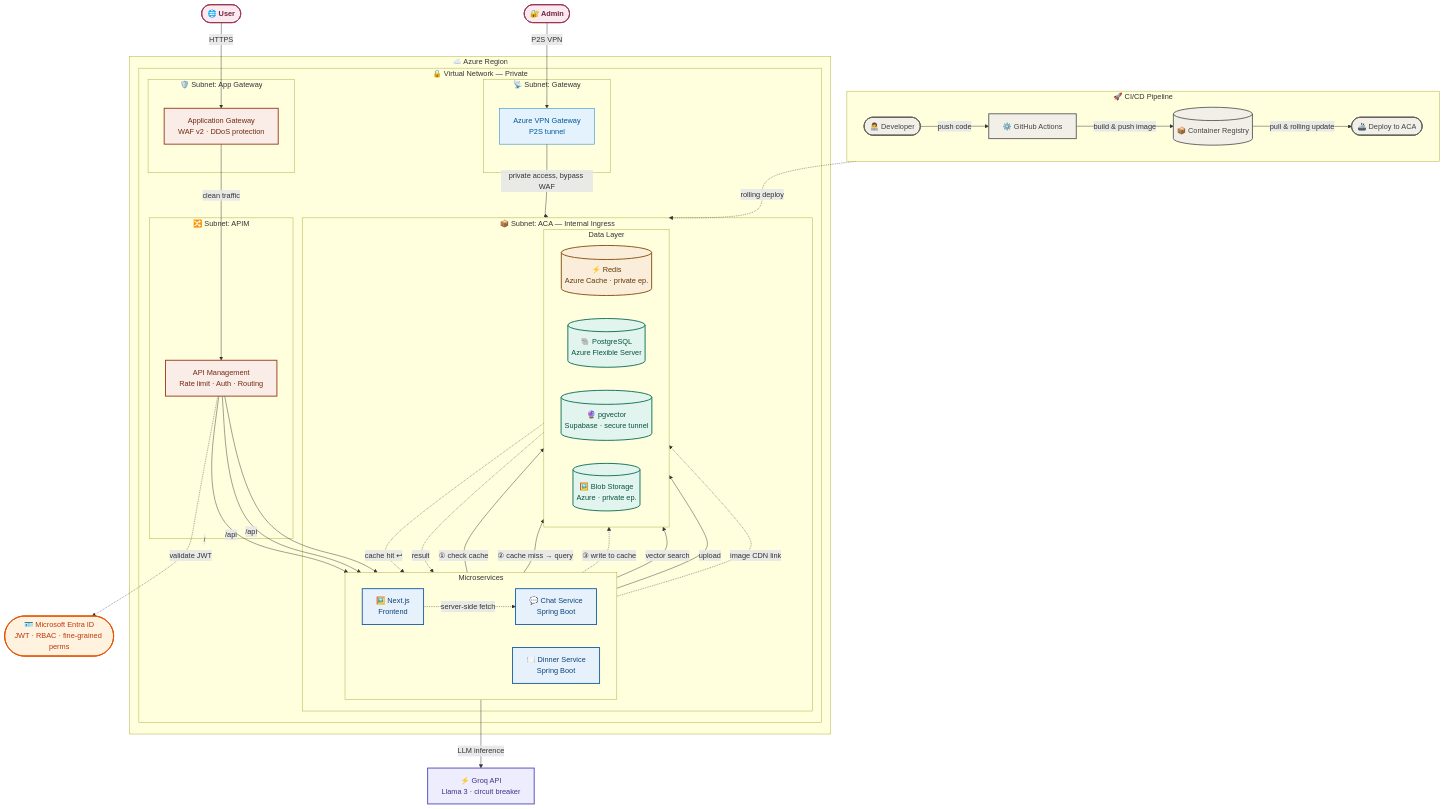
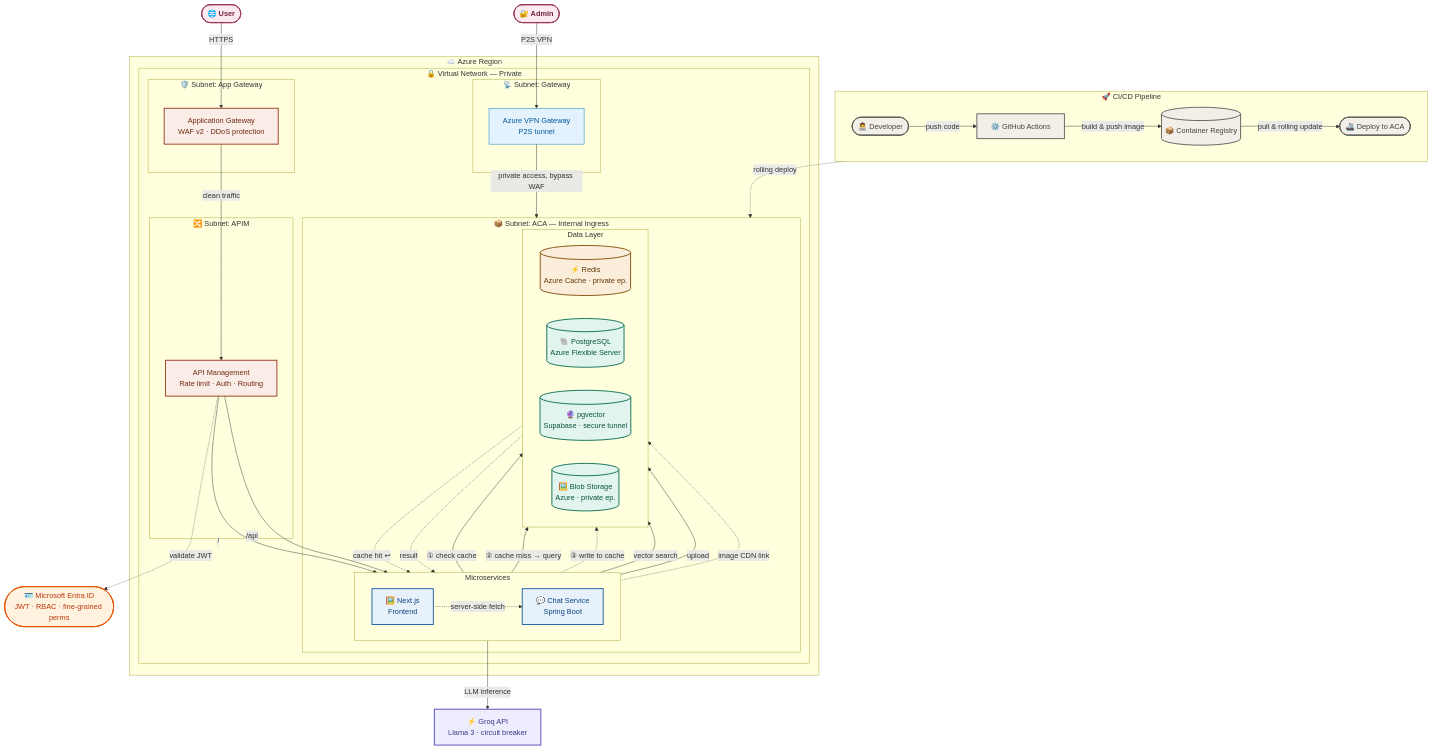
One commit to Nutchanon-TR/sandbox changed the diagram in note/arch/v3/arch/v1/Azure VPN Gateway Private-2026-03-28-182353.mmd. Above: the diagram before and after it, drawn with Mermaid. The commit also changed 62 other files, not shown here.

```diff
--- a/note/arch/v3/arch/v1/Azure VPN Gateway Private-2026-03-28-182353.mmd
+++ b/note/arch/v3/arch/v1/Azure VPN Gateway Private-2026-03-28-182353.mmd
@@ -1,116 +1,114 @@
 graph TD
 
     %% ══════════════════════════════════════════
     %%  BLOCK 1 — CI/CD Pipeline
     %% ══════════════════════════════════════════
 
     subgraph CICD ["  🚀  CI/CD Pipeline"]
         direction LR
         Dev(["👨‍💻 Developer"])
         GHA["⚙️ GitHub Actions"]
         ACR[("📦 Container Registry")]
         ACADeploy(["🚢 Deploy to ACA"])
 
         Dev -->|push code| GHA
         GHA -->|build & push image| ACR
         ACR -->|pull & rolling update| ACADeploy
     end
 
     %% ══════════════════════════════════════════
     %%  BLOCK 2 — Network & Runtime
     %% ══════════════════════════════════════════
 
     User(["🌐 User"])
     Admin(["🔐 Admin"])
     EntraID(["🪪 Microsoft Entra ID\nJWT · RBAC · fine-grained perms"])
     Groq["⚡ Groq API\nLlama 3 · circuit breaker"]
 
     subgraph Azure ["☁️  Azure Region"]
         subgraph VNet ["  🔒  Virtual Network — Private"]
 
             subgraph GWSub ["  📡  Subnet: Gateway"]
                 VPN["Azure VPN Gateway\nP2S tunnel"]
             end
 
             subgraph AGWSub ["  🛡️  Subnet: App Gateway"]
                 AppGW["Application Gateway\nWAF v2 · DDoS protection"]
             end
 
             subgraph APIMSub ["  🔀  Subnet: APIM"]
                 APIM["API Management\nRate limit · Auth · Routing"]
             end
 
             subgraph ACASub ["  📦  Subnet: ACA — Internal Ingress"]
 
                 subgraph Services ["Microservices"]
                     direction LR
                     FE["🖼️ Next.js\nFrontend"]
                     Chat["💬 Chat Service\nSpring Boot"]
-                    Dinner["🍽️ Dinner Service\nSpring Boot"]
                 end
 
                 subgraph Data ["Data Layer"]
                     direction LR
                     Redis[("⚡ Redis\nAzure Cache · private ep.")]
                     PG[("🐘 PostgreSQL\nAzure Flexible Server")]
                     Vec[("🔮 pgvector\nSupabase · secure tunnel")]
                     Blob[("🖼️ Blob Storage\nAzure · private ep.")]
                 end
             end
         end
     end
 
     %% ── Entry points ──────────────────────────
     User -->|HTTPS| AppGW
     Admin -->|P2S VPN| VPN
     VPN -->|private access, bypass WAF| ACASub
 
     %% ── Public traffic path ───────────────────
     AppGW -->|clean traffic| APIM
     APIM -.->|validate JWT| EntraID
     APIM -->|/| FE
     APIM -->|/api| Chat
-    APIM -->|/api| Dinner
 
     %% ── Internal service calls ────────────────
     FE -.->|server-side fetch| Chat
 
     %% ── Cache pattern ─────────────────────────
     Chat -->|① check cache| Redis
     Redis -.->|cache hit ↩| Chat
     Chat -->|② cache miss → query| PG
     PG -.->|result| Chat
     Chat -.->|③ write to cache| Redis
 
     %% ── Other BE calls ────────────────────────
     Chat -->|vector search| Vec
     Chat -->|upload| Blob
     FE -.->|image CDN link| Blob
     Chat -->|LLM inference| Groq
 
     %% ── CI/CD deploy ──────────────────────────
     ACADeploy -.->|rolling deploy| ACASub
 
     %% ══════════════════════════════════════════
     %%  Styling
     %% ══════════════════════════════════════════
 
     classDef actor     fill:#FBEAF0,stroke:#993556,stroke-width:2px,color:#72243E,font-weight:bold
     classDef security  fill:#FAECE7,stroke:#993C1D,stroke-width:2px,color:#712B13
     classDef compute   fill:#E6F1FB,stroke:#185FA5,stroke-width:2px,color:#0C447C
     classDef cache     fill:#FAEEDA,stroke:#854F0B,stroke-width:2px,color:#633806
     classDef database  fill:#E1F5EE,stroke:#0F6E56,stroke-width:2px,color:#085041
     classDef identity  fill:#FFF3E0,stroke:#E65100,stroke-width:2px,color:#BF360C
     classDef llm       fill:#EEEDFE,stroke:#534AB7,stroke-width:2px,color:#3C3489
     classDef cicd      fill:#F1EFE8,stroke:#5F5E5A,stroke-width:2px,color:#444441
     classDef network   fill:#E3F2FD,stroke:#0277BD,stroke-width:1px,color:#01579B
 
     class User,Admin actor
     class AppGW,APIM security
-    class FE,Chat,Dinner compute
+    class FE,Chat compute
     class Redis cache
     class PG,Vec,Blob database
     class EntraID identity
     class Groq llm
     class Dev,GHA,ACR,ACADeploy cicd
     class VPN network
```
